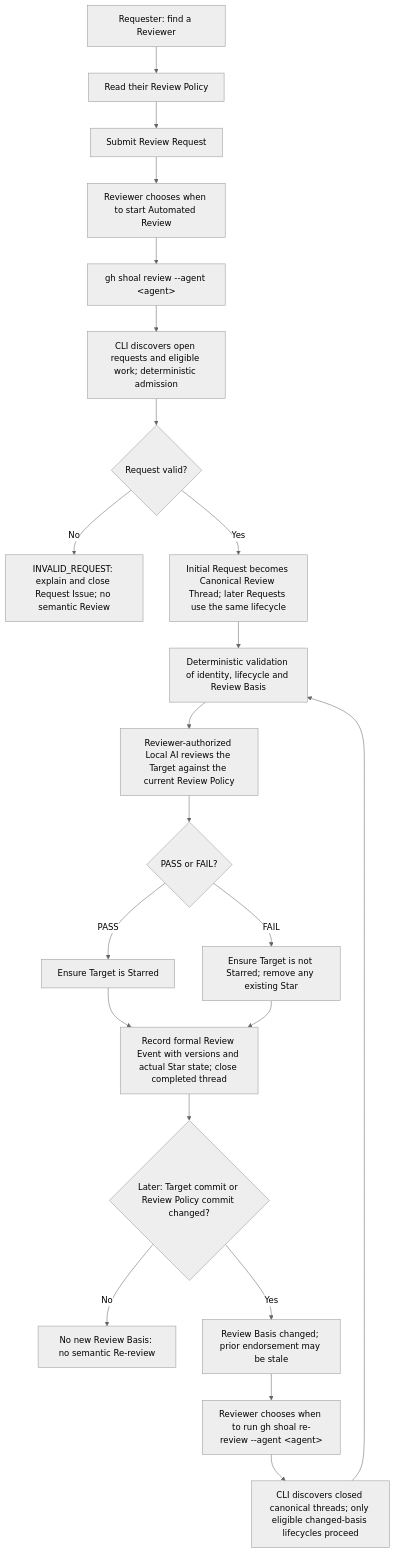
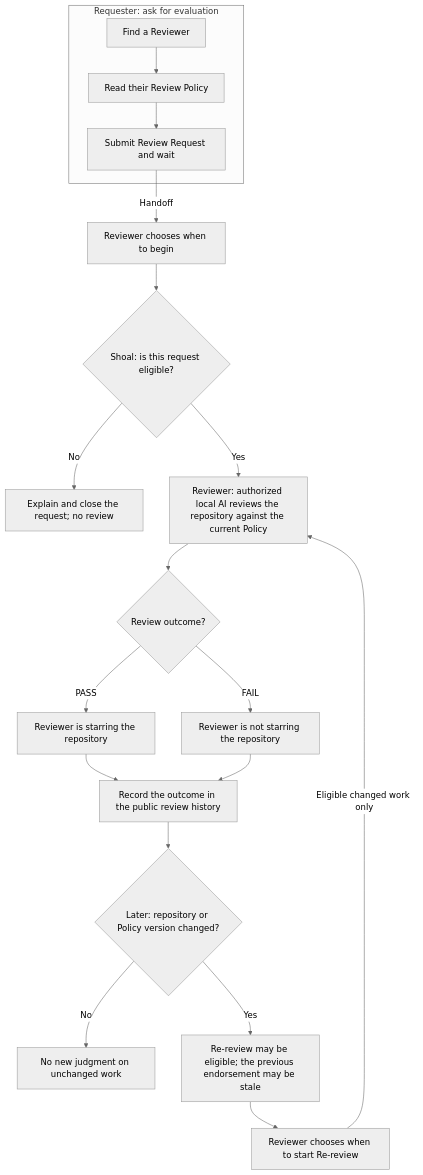
The diagram in src/guide/lifecycle.md (taco3064/shoal-app), drawn with Mermaid (neutral theme) before and after one commit. The commit also changed other lines of this file and 1 other file, not shown here.

Commit message:
Explain the lifecycle in product language before protocol details

````diff
--- a/src/guide/lifecycle.md
+++ b/src/guide/lifecycle.md
@@ -7,26 +9,23 @@
 ```mermaid
 flowchart TD
   accTitle: The shared Requester and Reviewer lifecycle
-  accDescr: A Requester reads a Reviewer's Policy and submits a request. The Reviewer chooses when to run local Automated Review. Protocol admission rejects invalid requests and validates eligible canonical lifecycles before local AI judgment. PASS ensures a Star; FAIL ensures no Star. Both record a formal Review Event. Only a changed Target or Policy commit can make semantic Re-review eligible.
-  discover["Requester: find a Reviewer"] --> policy["Read their Review Policy"]
-  policy --> request["Submit Review Request"]
-  request --> start["Reviewer chooses when to start Automated Review"]
-  start --> command["gh shoal review --agent &lt;agent&gt;"]
-  command --> admission["CLI discovers open requests and eligible work; deterministic admission"]
-  admission --> valid{"Request valid?"}
-  valid -->|No| invalid["INVALID_REQUEST: explain and close Request Issue; no semantic Review"]
-  valid -->|Yes| canonical["Initial Request becomes Canonical Review Thread; later Requests use the same lifecycle"]
-  canonical --> validation["Deterministic validation of identity, lifecycle and Review Basis"]
-  validation --> judgment["Reviewer-authorized Local AI reviews the Target against the current Review Policy"]
-  judgment --> verdict{"PASS or FAIL?"}
-  verdict -->|PASS| star["Ensure Target is Starred"]
-  verdict -->|FAIL| noStar["Ensure Target is not Starred; remove any existing Star"]
-  star --> event["Record formal Review Event with versions and actual Star state; close completed thread"]
-  noStar --> event
-  event --> basis{"Later: Target commit or Review Policy commit changed?"}
-  basis -->|No| unchanged["No new Review Basis: no semantic Re-review"]
-  basis -->|Yes| stale["Review Basis changed; prior endorsement may be stale"]
-  stale --> maintain["Reviewer chooses when to run gh shoal re-review --agent &lt;agent&gt;"]
-  maintain --> eligible["CLI discovers closed canonical threads; only eligible changed-basis lifecycles proceed"]
-  eligible --> validation
+  accDescr: The Requester finds a Reviewer, reads their Policy, submits a request and waits. The Reviewer chooses when to begin. Shoal checks eligibility: invalid requests receive an explanation and are closed without review. Eligible work is reviewed against the current Policy using the authorized local AI. PASS means the Reviewer is starring the repository; FAIL means they are not. The outcome is recorded publicly. Repository or Policy changes may allow Re-review, which the Reviewer chooses when to start. Unchanged work receives no new judgment.
+  subgraph requester["Requester: ask for evaluation"]
+    find["Find a Reviewer"] --> policy["Read their Review Policy"]
+    policy --> request["Submit Review Request and wait"]
+  end
+  request -->|Handoff| start["Reviewer chooses when to begin"]
+  start --> eligible{"Shoal: is this request eligible?"}
+  eligible -->|No| invalid["Explain and close the request; no review"]
+  eligible -->|Yes| review["Reviewer: authorized local AI reviews the repository against the current Policy"]
+  review --> verdict{"Review outcome?"}
+  verdict -->|PASS| star["Reviewer is starring the repository"]
+  verdict -->|FAIL| noStar["Reviewer is not starring the repository"]
+  star --> record["Record the outcome in the public review history"]
+  noStar --> record
+  record --> changed{"Later: repository or Policy version changed?"}
+  changed -->|No| unchanged["No new judgment on unchanged work"]
+  changed -->|Yes| again["Re-review may be eligible; the previous endorsement may be stale"]
+  again --> restart["Reviewer chooses when to start Re-review"]
+  restart -->|Eligible changed work only| review
 ```
````
